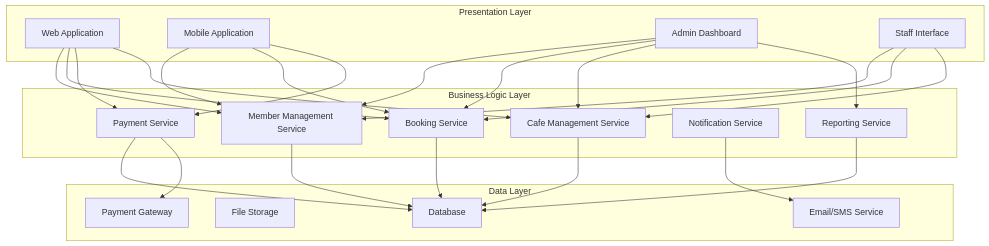
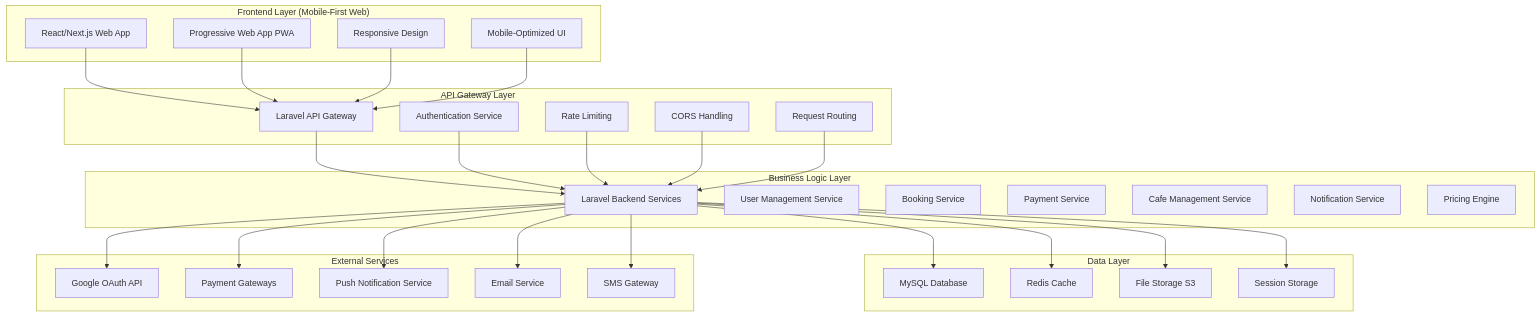
Before and after one commit to BlackCoffeee/raujan_pool: the first of 6 diagrams in Planing/04-arsitektur-sistem.md, drawn with Mermaid. The commit also changed other lines of this file and 4 other files, not shown here.

Commit message:
Update system documentation to include Guest Booking System, Google SSO Integration, and Mobile-First Web Application features, enhancing the overall functionality and user experience for Raujan Pool Syariah management system.

````diff
--- a/Planing/04-arsitektur-sistem.md
+++ b/Planing/04-arsitektur-sistem.md
@@ -7,48 +7,64 @@
 ```mermaid
 graph TB
-    subgraph "Presentation Layer"
-        A1[Web Application]
-        A2[Mobile Application]
-        A3[Admin Dashboard]
-        A4[Staff Interface]
+    subgraph "Frontend Layer (Mobile-First Web)"
+        FW1[React/Next.js Web App]
+        FW2[Progressive Web App PWA]
+        FW3[Responsive Design]
+        FW4[Mobile-Optimized UI]
+    end
+
+    subgraph "API Gateway Layer"
+        AG1[Laravel API Gateway]
+        AG2[Authentication Service]
+        AG3[Rate Limiting]
+        AG4[CORS Handling]
+        AG5[Request Routing]
     end
 
     subgraph "Business Logic Layer"
-        B1[Member Management Service]
-        B2[Booking Service]
-        B3[Payment Service]
-        B4[Cafe Management Service]
-        B5[Notification Service]
-        B6[Reporting Service]
+        BL1[Laravel Backend Services]
+        BL2[User Management Service]
+        BL3[Booking Service]
+        BL4[Payment Service]
+        BL5[Cafe Management Service]
+        BL6[Notification Service]
+        BL7[Pricing Engine]
     end
 
     subgraph "Data Layer"
-        C1[Database]
-        C2[File Storage]
-        C3[Payment Gateway]
-        C4[Email/SMS Service]
+        DL1[MySQL Database]
+        DL2[Redis Cache]
+        DL3[File Storage S3]
+        DL4[Session Storage]
     end
 
-    A1 --> B1
-    A1 --> B2
-    A1 --> B3
-    A1 --> B4
-    A2 --> B1
-    A2 --> B2
-    A2 --> B3
-    A3 --> B1
-    A3 --> B2
-    A3 --> B4
-    A3 --> B6
-    A4 --> B1
-    A4 --> B2
-    A4 --> B4
+    subgraph "External Services"
+        ES1[Google OAuth API]
+        ES2[Payment Gateways]
+        ES3[Push Notification Service]
+        ES4[Email Service]
+        ES5[SMS Gateway]
+    end
 
-    B1 --> C1
-    B2 --> C1
-    B3 --> C1
-    B3 --> C3
-    B4 --> C1
-    B5 --> C4
-    B6 --> C1
+    FW1 --> AG1
+    FW2 --> AG1
+    FW3 --> AG1
+    FW4 --> AG1
+
+    AG1 --> BL1
+    AG2 --> BL1
+    AG3 --> BL1
+    AG4 --> BL1
+    AG5 --> BL1
+
+    BL1 --> DL1
+    BL1 --> DL2
+    BL1 --> DL3
+    BL1 --> DL4
+
+    BL1 --> ES1
+    BL1 --> ES2
+    BL1 --> ES3
+    BL1 --> ES4
+    BL1 --> ES5
 ```
````
